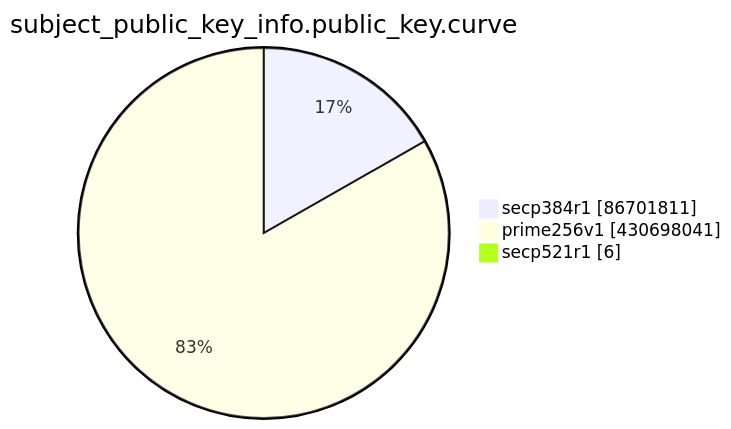
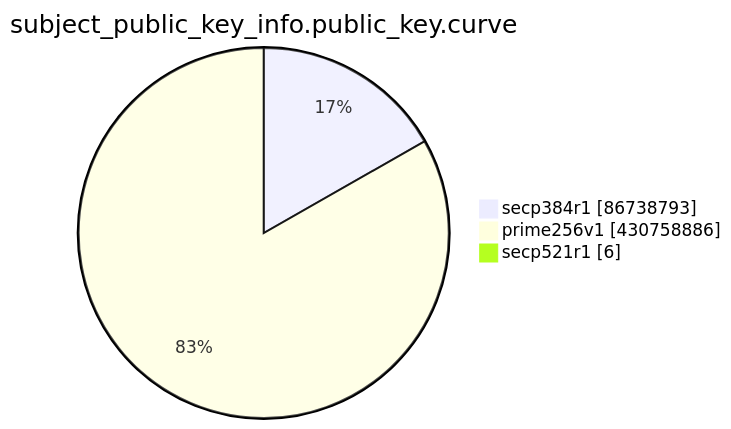
One commit to christiankrug/ctmonitor_visualization changed the eighth of 15 diagrams in TOTAL/README.md. Above: the diagram before and after it, drawn with Mermaid. The commit also changed other lines of this file, not shown here.

````diff
--- a/TOTAL/README.md
+++ b/TOTAL/README.md
@@ -3100,7 +3100,7 @@
 ```mermaid
 pie showData
 title subject_public_key_info.public_key.curve
-"secp384r1" :86701811
-"prime256v1" :430698041
+"secp384r1" :86738793
+"prime256v1" :430758886
 "secp521r1" :6
 ```
````
